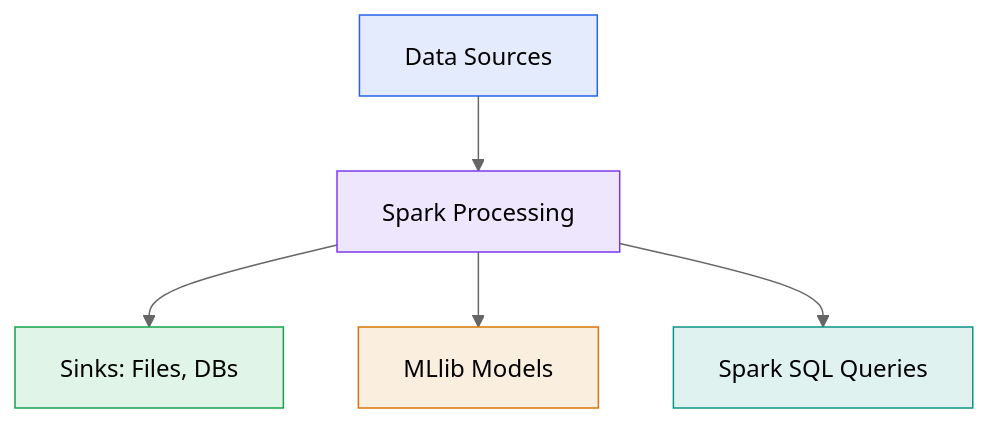
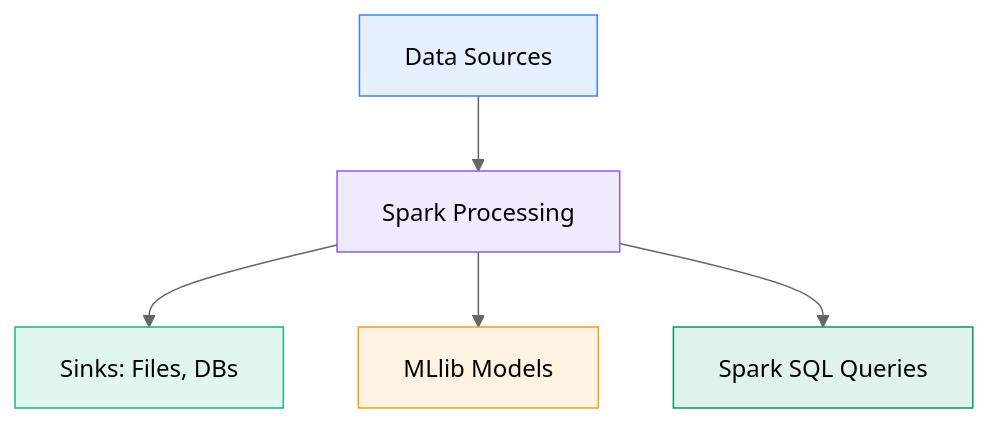
The fifth of 5 diagrams in 302.1-data-computation/spark.md (MadeInShineA/hei-course-summaries), drawn with Mermaid (neutral theme) before and after one commit. The commit also changed other lines of this file and 2 other files, not shown here.

Commit message:
Updated mermaid graphs colors

````diff
--- a/302.1-data-computation/spark.md
+++ b/302.1-data-computation/spark.md
@@ -365,13 +365,13 @@
 ```mermaid
 flowchart TD
     INPUT[Data Sources] --> PROCESS[Spark Processing]
     PROCESS --> OUTPUT[Sinks: Files, DBs]
     PROCESS --> ML[MLlib Models]
     PROCESS --> SQL[Spark SQL Queries]
     
-    style INPUT fill:#2563eb20,stroke:#2563eb
-    style PROCESS fill:#7c3aed20,stroke:#7c3aed
-    style OUTPUT fill:#16a34a20,stroke:#16a34a
-    style ML fill:#d9770620,stroke:#d97706
-    style SQL fill:#0d948820,stroke:#0d9488
+    style INPUT fill:#3b82f620,stroke:#3b82f6
+    style PROCESS fill:#8b5cf620,stroke:#8b5cf6
+    style OUTPUT fill:#10b98120,stroke:#10b981
+    style ML fill:#f59e0b20,stroke:#f59e0b
+    style SQL fill:#05966920,stroke:#059669
 ```
````
